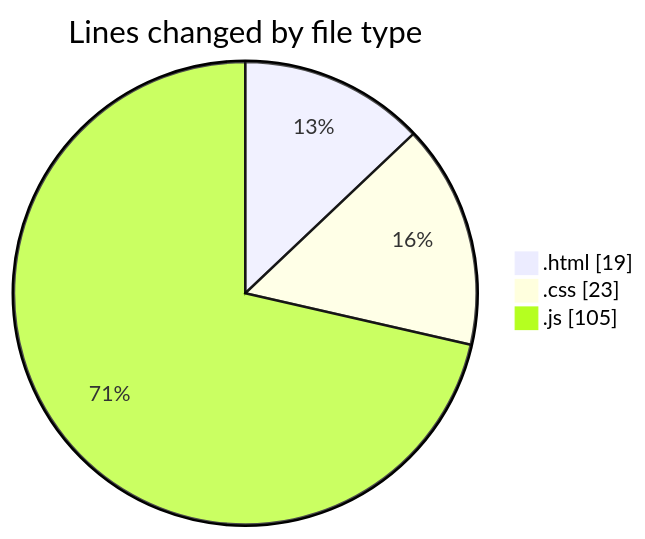
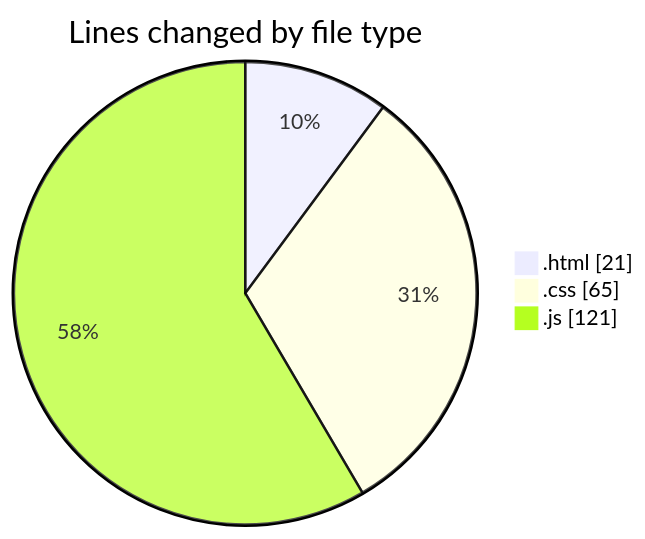
One commit to robertbonfada/code-tracking changed the first of 2 diagrams in 2025-03-03/snake-game/README.md. Above: the diagram before and after it, drawn with Mermaid. The commit also changed other lines of this file and 1 other file, not shown here.

````diff
--- a/2025-03-03/snake-game/README.md
+++ b/2025-03-03/snake-game/README.md
@@ -22,7 +22,7 @@
 ```mermaid
 pie showData
 title Lines changed by file type
-".html" : 19
-".css" : 23
-".js" : 105
+".html" : 21
+".css" : 65
+".js" : 121
 ```
````
